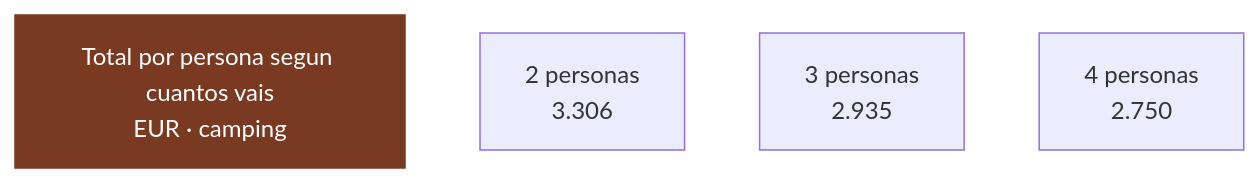
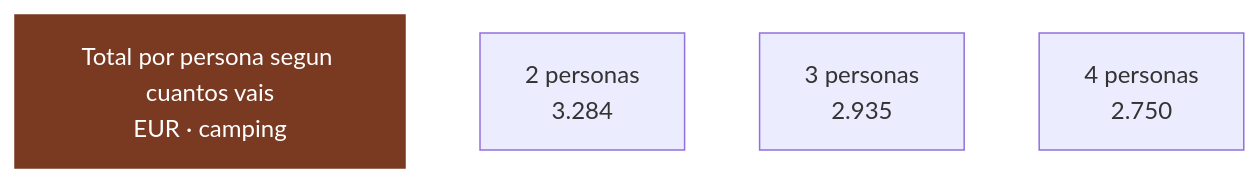
Before and after one commit to morandeirachema/namibia: diagram 11 of 11 in 02-presupuesto.md, drawn with Mermaid. The commit also changed other lines of this file and 5 other files, not shown here.

````diff
--- a/02-presupuesto.md
+++ b/02-presupuesto.md
@@ -468,11 +637,11 @@
 ```mermaid
 flowchart LR
     T["Total por persona segun cuantos vais<br/>EUR · camping"]
-    n0["2 personas<br/>3.306"]
+    n0["2 personas<br/>3.284"]
     n1["3 personas<br/>2.935"]
     n2["4 personas<br/>2.750"]
     T ~~~ n0
     n0 ~~~ n1
     n1 ~~~ n2
     style T fill:#7a3a22,color:#fff,stroke:#7a3a22
 ```
````
